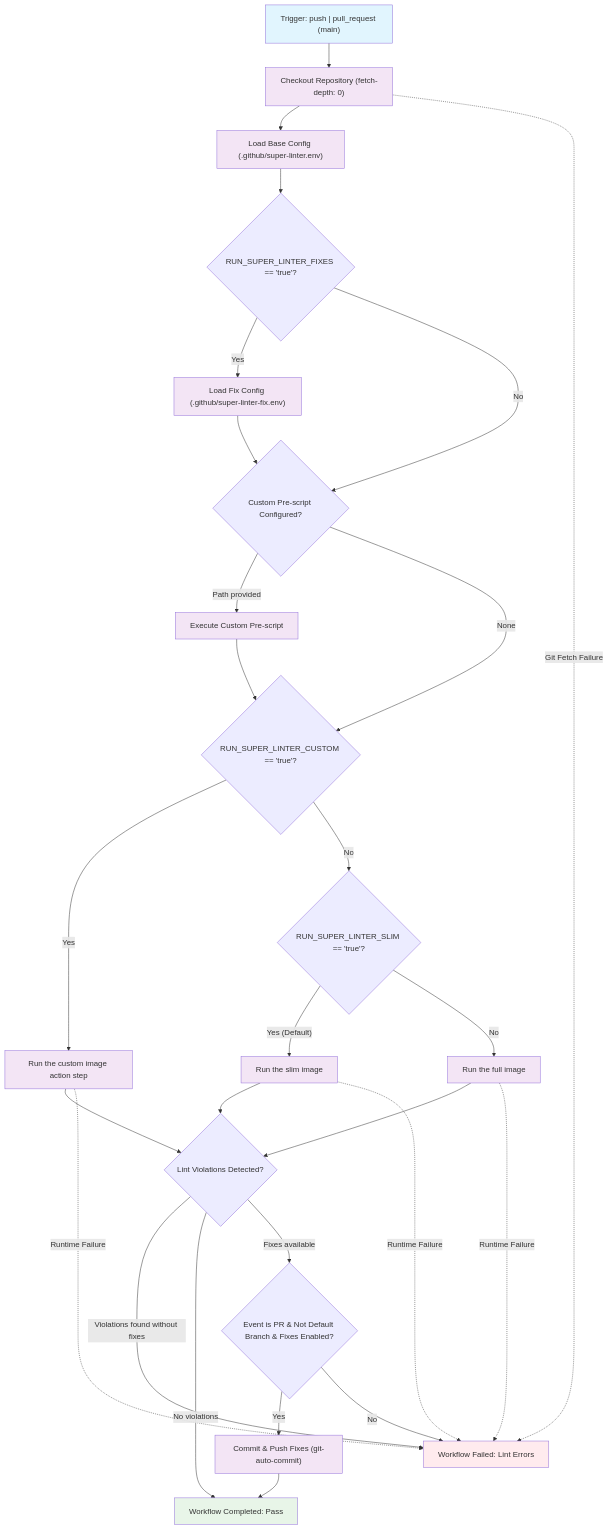
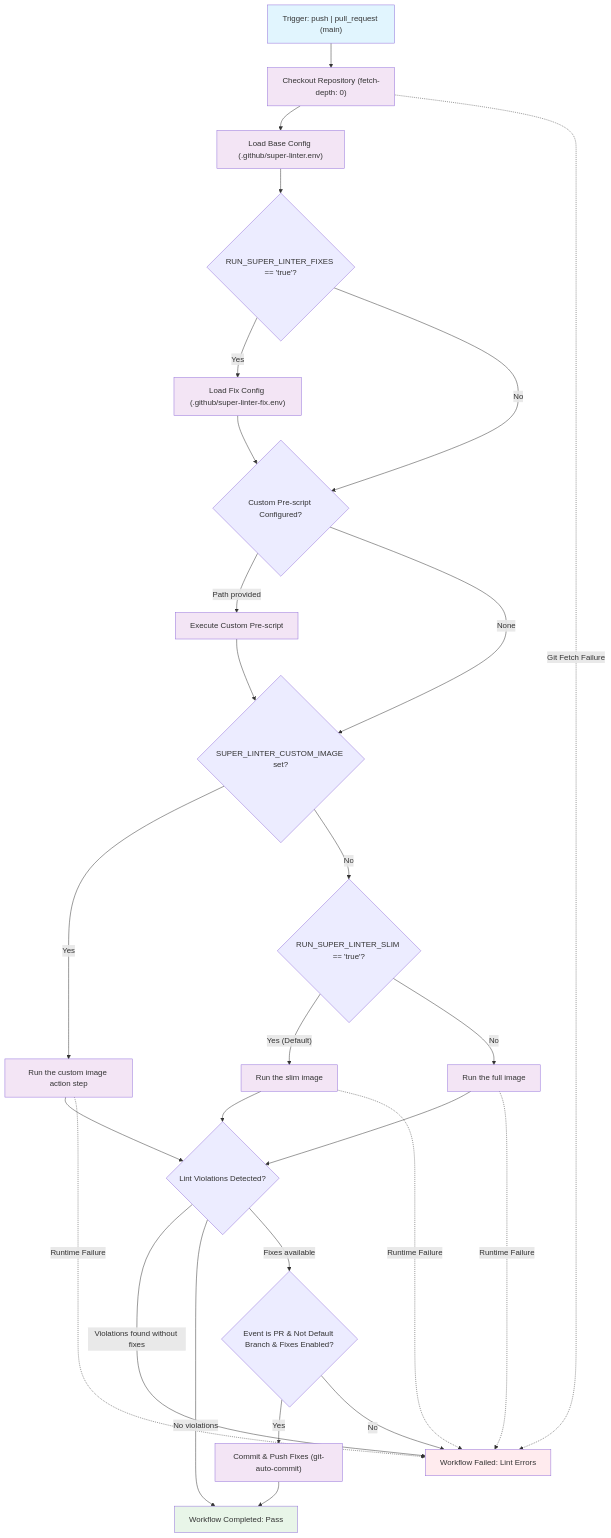
One commit to ghwfxlab/ghwm-registry changed the diagram in workflows/super-linter/spec-process-cicd-super-linter.md. Above: the diagram before and after it, drawn with Mermaid. The commit also changed other lines of this file and 4 other files, not shown here.

First line of the commit message:
feat(super-linter): set the custom image in a workflow env file and run it with docker

````diff
--- a/workflows/super-linter/spec-process-cicd-super-linter.md
+++ b/workflows/super-linter/spec-process-cicd-super-linter.md
@@ -28,41 +28,41 @@
 ```mermaid
 graph TD
     TriggerNode["Trigger: push | pull_request (main)"] --> Checkout["Checkout Repository (fetch-depth: 0)"]
     Checkout --> LoadConfig["Load Base Config (.github/super-linter.env)"]
     LoadConfig --> CheckFixConfig{"RUN_SUPER_LINTER_FIXES == 'true'?"}
     CheckFixConfig -->|"Yes"| LoadFixConfig["Load Fix Config (.github/super-linter-fix.env)"]
     CheckFixConfig -->|"No"| CheckCustomScript{"Custom Pre-script Configured?"}
     LoadFixConfig --> CheckCustomScript
     CheckCustomScript -->|"Path provided"| RunCustomScript["Execute Custom Pre-script"]
-    CheckCustomScript -->|"None"| SelectImage{"RUN_SUPER_LINTER_CUSTOM == 'true'?"}
+    CheckCustomScript -->|"None"| SelectImage{"SUPER_LINTER_CUSTOM_IMAGE set?"}
     RunCustomScript --> SelectImage
     SelectImage -->|"Yes"| RunCustom["Run the custom image action step"]
     SelectImage -->|"No"| SelectRunner{"RUN_SUPER_LINTER_SLIM == 'true'?"}
     SelectRunner -->|"Yes (Default)"| RunSlim["Run the slim image"]
     SelectRunner -->|"No"| RunFull["Run the full image"]
     RunCustom --> EvalResults{"Lint Violations Detected?"}
     RunSlim --> EvalResults
     RunFull --> EvalResults
     EvalResults -->|"Violations found without fixes"| FailureNode["Workflow Failed: Lint Errors"]
     EvalResults -->|"No violations"| SuccessNode["Workflow Completed: Pass"]
     EvalResults -->|"Fixes available"| CheckAutoCommit{"Event is PR & Not Default Branch & Fixes Enabled?"}
     CheckAutoCommit -->|"Yes"| CommitFixes["Commit & Push Fixes (git-auto-commit)"]
     CheckAutoCommit -->|"No"| FailureNode
     CommitFixes --> SuccessNode
     Checkout -.->|"Git Fetch Failure"| FailureNode
     RunCustom -.->|"Runtime Failure"| FailureNode
     RunSlim -.->|"Runtime Failure"| FailureNode
     RunFull -.->|"Runtime Failure"| FailureNode
 
     style TriggerNode fill:#e1f5fe
     style SuccessNode fill:#e8f5e8
     style FailureNode fill:#ffebee
     style Checkout fill:#f3e5f5
     style LoadConfig fill:#f3e5f5
     style LoadFixConfig fill:#f3e5f5
     style RunCustomScript fill:#f3e5f5
     style RunCustom fill:#f3e5f5
     style RunSlim fill:#f3e5f5
     style RunFull fill:#f3e5f5
     style CommitFixes fill:#f3e5f5
 ```
````
